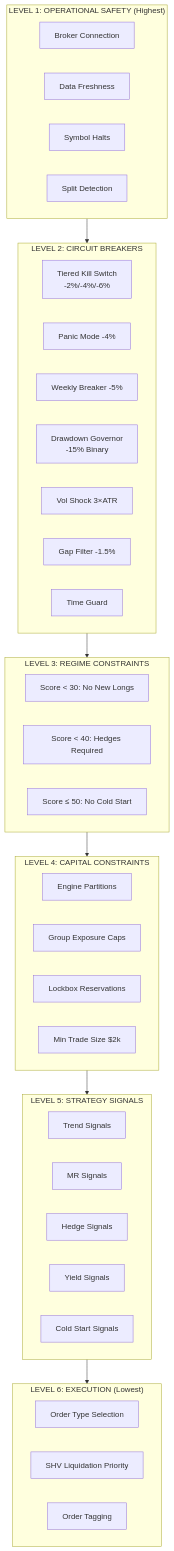
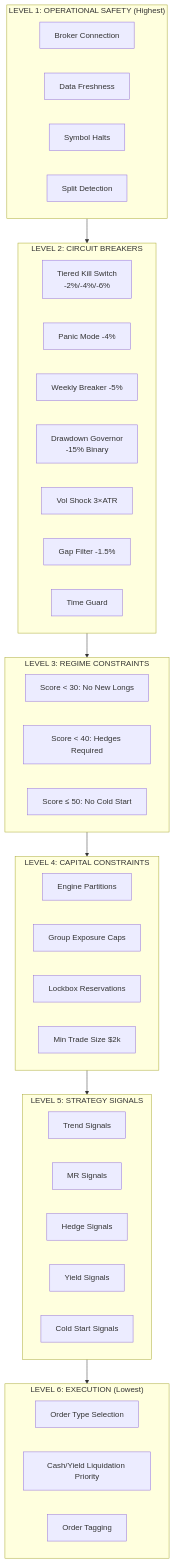
Before and after one commit to vickdavinci/alpha-nextgen-v2-private: the third of 3 diagrams in docs/system/02-system-architecture.md, drawn with Mermaid. The commit also changed 13 other files, not shown here.

````diff
--- a/docs/system/02-system-architecture.md
+++ b/docs/system/02-system-architecture.md
@@ -219,48 +219,48 @@
 ```mermaid
 flowchart TB
     subgraph L1["LEVEL 1: OPERATIONAL SAFETY (Highest)"]
         L1A["Broker Connection"]
         L1B["Data Freshness"]
         L1C["Symbol Halts"]
         L1D["Split Detection"]
     end
 
     subgraph L2["LEVEL 2: CIRCUIT BREAKERS"]
         L2A["Tiered Kill Switch<br/>-2%/-4%/-6%"]
         L2B["Panic Mode -4%"]
         L2C["Weekly Breaker -5%"]
         L2D["Drawdown Governor<br/>-15% Binary"]
         L2E["Vol Shock 3×ATR"]
         L2F["Gap Filter -1.5%"]
         L2G["Time Guard"]
     end
 
     subgraph L3["LEVEL 3: REGIME CONSTRAINTS"]
         L3A["Score < 30: No New Longs"]
         L3B["Score < 40: Hedges Required"]
         L3C["Score ≤ 50: No Cold Start"]
     end
 
     subgraph L4["LEVEL 4: CAPITAL CONSTRAINTS"]
         L4A["Engine Partitions"]
         L4B["Group Exposure Caps"]
         L4C["Lockbox Reservations"]
         L4D["Min Trade Size $2k"]
     end
 
     subgraph L5["LEVEL 5: STRATEGY SIGNALS"]
         L5A["Trend Signals"]
         L5B["MR Signals"]
         L5C["Hedge Signals"]
         L5D["Yield Signals"]
         L5E["Cold Start Signals"]
     end
 
     subgraph L6["LEVEL 6: EXECUTION (Lowest)"]
         L6A["Order Type Selection"]
-        L6B["SHV Liquidation Priority"]
+        L6B["Cash/Yield Liquidation Priority"]
         L6C["Order Tagging"]
     end
 
     L1 --> L2 --> L3 --> L4 --> L5 --> L6
 ```
````
